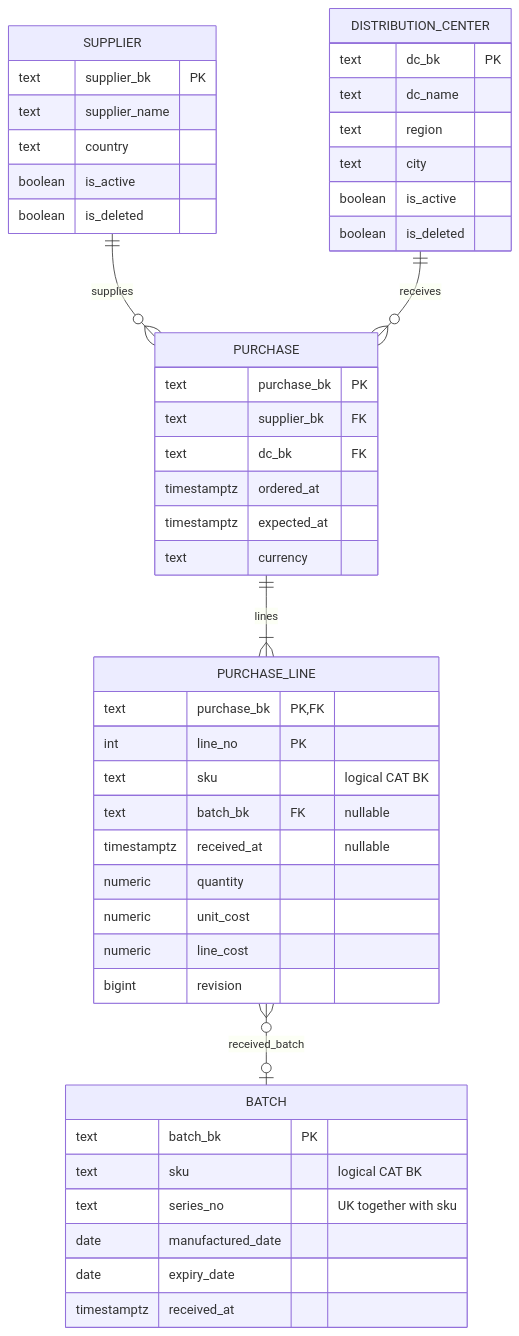
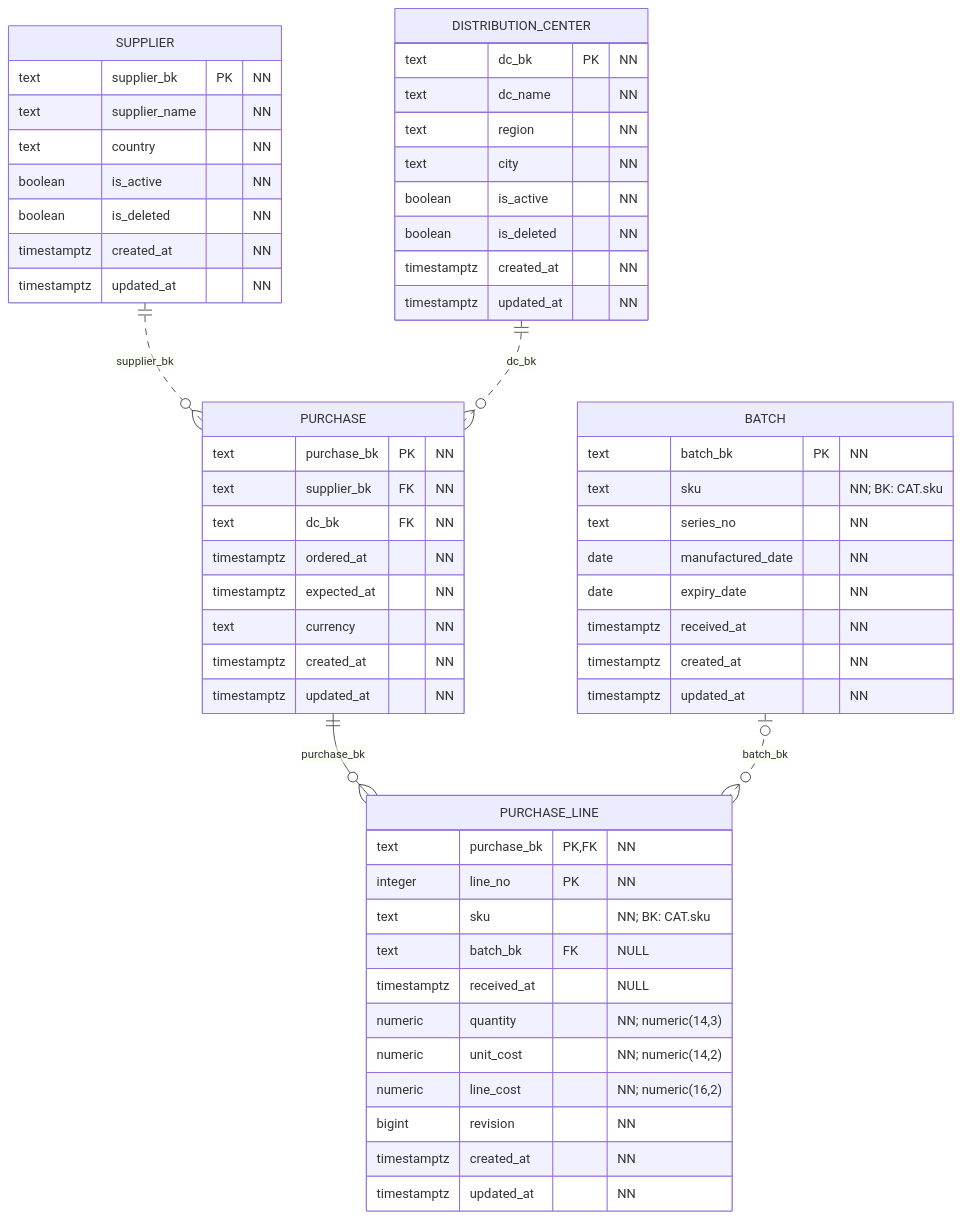
One commit to alexey077/dwh changed the first of 3 diagrams in docs/erd/wms.md. Above: the diagram before and after it, drawn with Mermaid. The commit also changed other lines of this file and 5 other files, not shown here.

Commit message:
Complete physical ER diagrams and correct keys and cardinalities [skip ci]

````diff
--- a/docs/erd/wms.md
+++ b/docs/erd/wms.md
@@ -5,49 +15,60 @@
 ```mermaid
 erDiagram
-    SUPPLIER ||--o{ PURCHASE : supplies
-    DISTRIBUTION_CENTER ||--o{ PURCHASE : receives
-    PURCHASE ||--|{ PURCHASE_LINE : lines
-    PURCHASE_LINE }o--o| BATCH : received_batch
+    direction TB
+    SUPPLIER ||..o{ PURCHASE : "supplier_bk"
+    DISTRIBUTION_CENTER ||..o{ PURCHASE : "dc_bk"
+    PURCHASE ||--o{ PURCHASE_LINE : "purchase_bk"
+    BATCH |o..o{ PURCHASE_LINE : "batch_bk"
     SUPPLIER {
-        text supplier_bk PK
-        text supplier_name
-        text country
-        boolean is_active
-        boolean is_deleted
+        text supplier_bk PK "NN"
+        text supplier_name "NN"
+        text country "NN"
+        boolean is_active "NN"
+        boolean is_deleted "NN"
+        timestamptz created_at "NN"
+        timestamptz updated_at "NN"
     }
     DISTRIBUTION_CENTER {
-        text dc_bk PK
-        text dc_name
-        text region
-        text city
-        boolean is_active
-        boolean is_deleted
+        text dc_bk PK "NN"
+        text dc_name "NN"
+        text region "NN"
+        text city "NN"
+        boolean is_active "NN"
+        boolean is_deleted "NN"
+        timestamptz created_at "NN"
+        timestamptz updated_at "NN"
     }
     PURCHASE {
-        text purchase_bk PK
-        text supplier_bk FK
-        text dc_bk FK
-        timestamptz ordered_at
-        timestamptz expected_at
-        text currency
+        text purchase_bk PK "NN"
+        text supplier_bk FK "NN"
+        text dc_bk FK "NN"
+        timestamptz ordered_at "NN"
+        timestamptz expected_at "NN"
+        text currency "NN"
+        timestamptz created_at "NN"
+        timestamptz updated_at "NN"
     }
     PURCHASE_LINE {
-        text purchase_bk PK,FK
-        int line_no PK
-        text sku "logical CAT BK"
-        text batch_bk FK "nullable"
-        timestamptz received_at "nullable"
-        numeric quantity
-        numeric unit_cost
-        numeric line_cost
-        bigint revision
+        text purchase_bk PK,FK "NN"
+        integer line_no PK "NN"
+        text sku "NN; BK: CAT.sku"
+        text batch_bk FK "NULL"
+        timestamptz received_at "NULL"
+        numeric quantity "NN; numeric(14,3)"
+        numeric unit_cost "NN; numeric(14,2)"
+        numeric line_cost "NN; numeric(16,2)"
+        bigint revision "NN"
+        timestamptz created_at "NN"
+        timestamptz updated_at "NN"
     }
     BATCH {
-        text batch_bk PK
-        text sku "logical CAT BK"
-        text series_no "UK together with sku"
-        date manufactured_date
-        date expiry_date
-        timestamptz received_at
+        text batch_bk PK "NN"
+        text sku "NN; BK: CAT.sku"
+        text series_no "NN"
+        date manufactured_date "NN"
+        date expiry_date "NN"
+        timestamptz received_at "NN"
+        timestamptz created_at "NN"
+        timestamptz updated_at "NN"
     }
 ```
````
